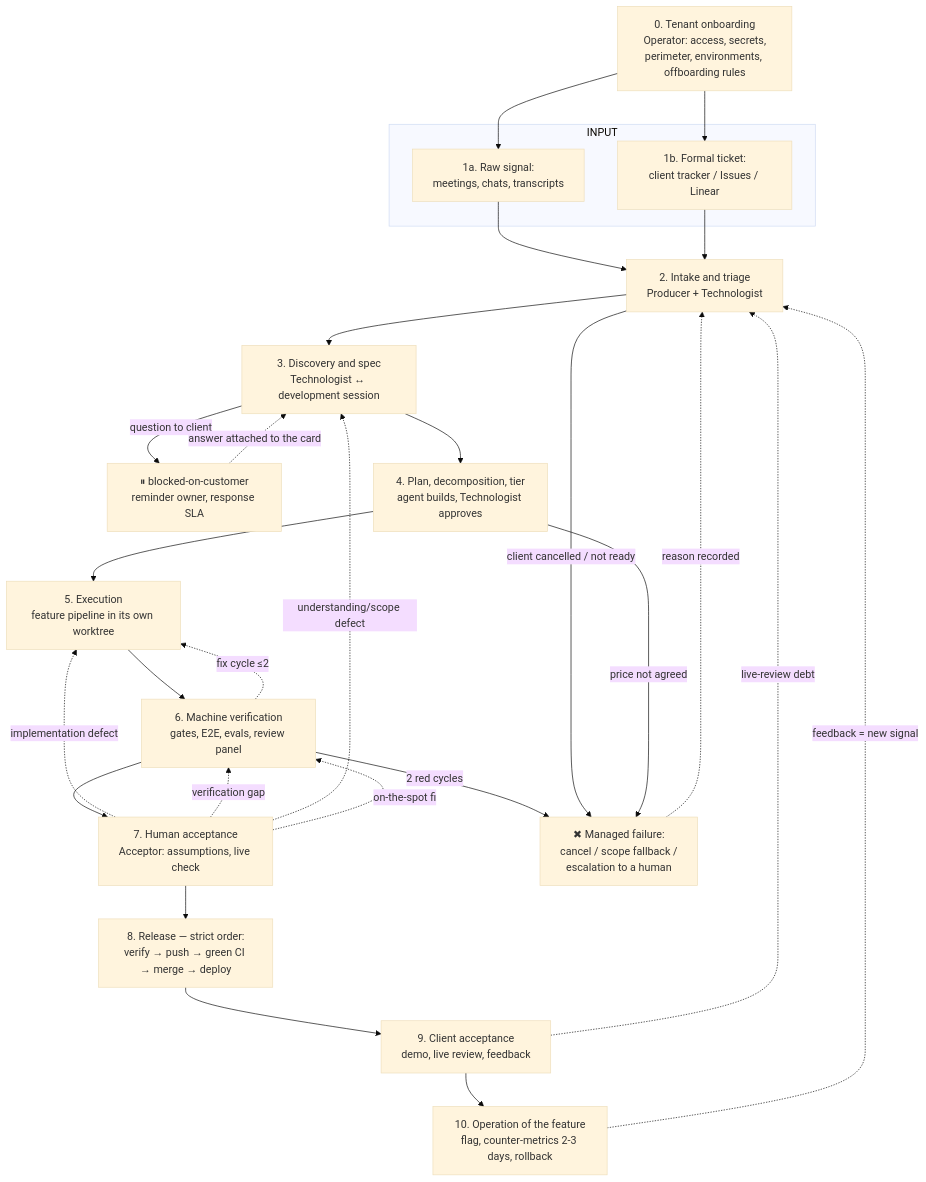
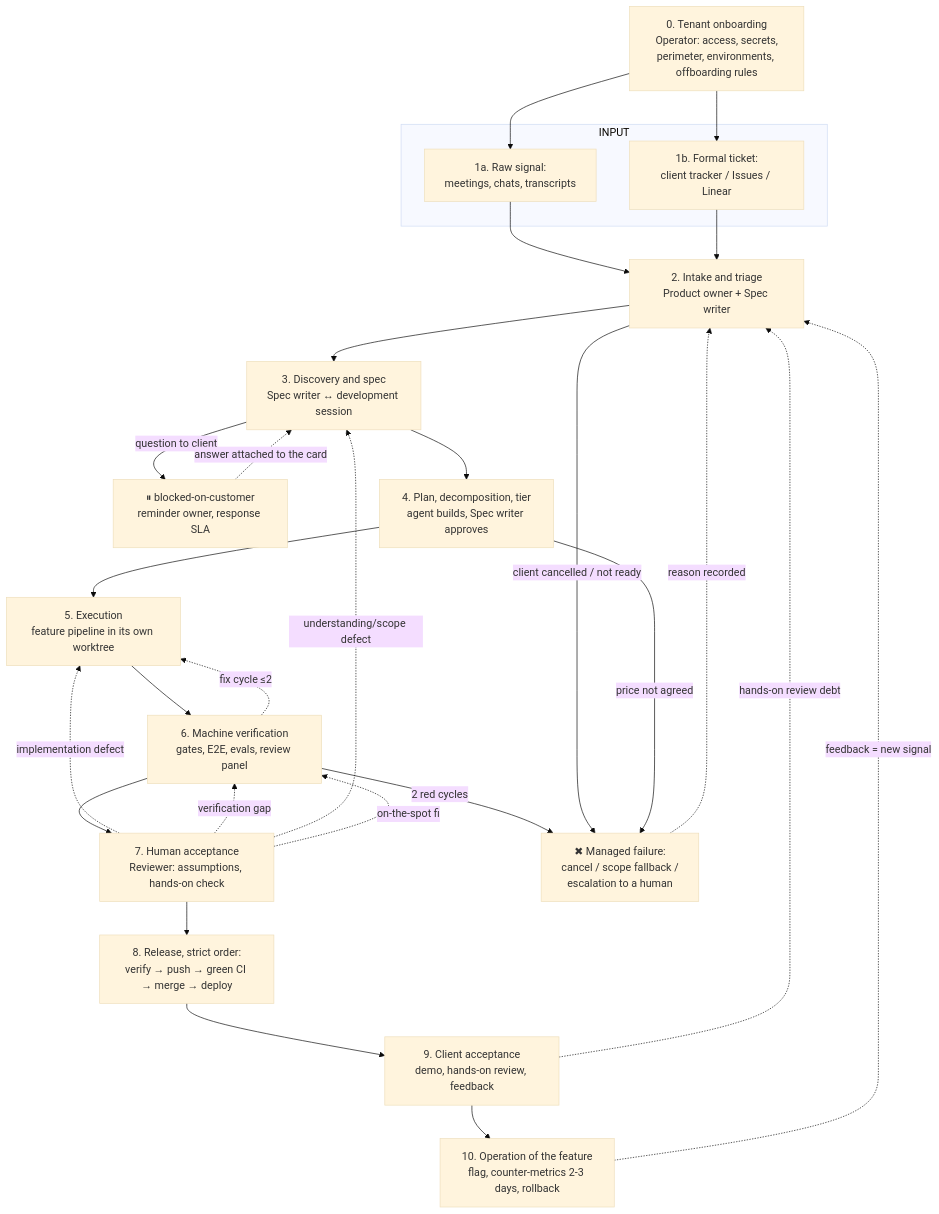
One commit to ruslantrachuk/dark-factory changed the diagram in docs/map.md. Above: the diagram before and after it, drawn with Mermaid (base theme). The commit also changed other lines of this file and 17 other files, not shown here.

````diff
--- a/docs/map.md
+++ b/docs/map.md
@@ -38,37 +47,37 @@
 ```mermaid
 flowchart TB
     Z[0. Tenant onboarding<br/>Operator: access, secrets,<br/>perimeter, environments, offboarding rules]
     subgraph INPUT
         A1[1a. Raw signal:<br/>meetings, chats, transcripts]
         A2[1b. Formal ticket:<br/>client tracker / Issues / Linear]
     end
-    B[2. Intake and triage<br/>Producer + Technologist]
-    C[3. Discovery and spec<br/>Technologist ↔ development session]
+    B[2. Intake and triage<br/>Product owner + Spec writer]
+    C[3. Discovery and spec<br/>Spec writer ↔ development session]
     W[⏸ blocked-on-customer<br/>reminder owner, response SLA]
-    D[4. Plan, decomposition, tier<br/>agent builds, Technologist approves]
+    D[4. Plan, decomposition, tier<br/>agent builds, Spec writer approves]
     E[5. Execution<br/>feature pipeline in its own worktree]
     F[6. Machine verification<br/>gates, E2E, evals, review panel]
-    G[7. Human acceptance<br/>Acceptor: assumptions, live check]
-    H[8. Release — strict order:<br/>verify → push → green CI → merge → deploy]
-    I[9. Client acceptance<br/>demo, live review, feedback]
+    G[7. Human acceptance<br/>Reviewer: assumptions, hands-on check]
+    H[8. Release, strict order:<br/>verify → push → green CI → merge → deploy]
+    I[9. Client acceptance<br/>demo, hands-on review, feedback]
     J[10. Operation of the feature<br/>flag, counter-metrics 2-3 days, rollback]
     X[✖ Managed failure:<br/>cancel / scope fallback /<br/>escalation to a human]
 
     Z --> A1
     Z --> A2
     A1 --> B
     A2 --> B
     B --> C --> D --> E --> F --> G --> H --> I --> J
     C -->|question to client| W -.answer attached to the card.-> C
     J -.feedback = new signal.-> B
-    I -.live-review debt.-> B
+    I -.hands-on review debt.-> B
     F -.fix cycle ≤2.-> E
     F -->|2 red cycles| X
     G -.implementation defect.-> E
     G -.verification gap.-> F
     G -.understanding/scope defect.-> C
     G -.on-the-spot fix.-> F
     B -->|client cancelled / not ready| X
     D -->|price not agreed| X
     X -.reason recorded.-> B
 ```
````
